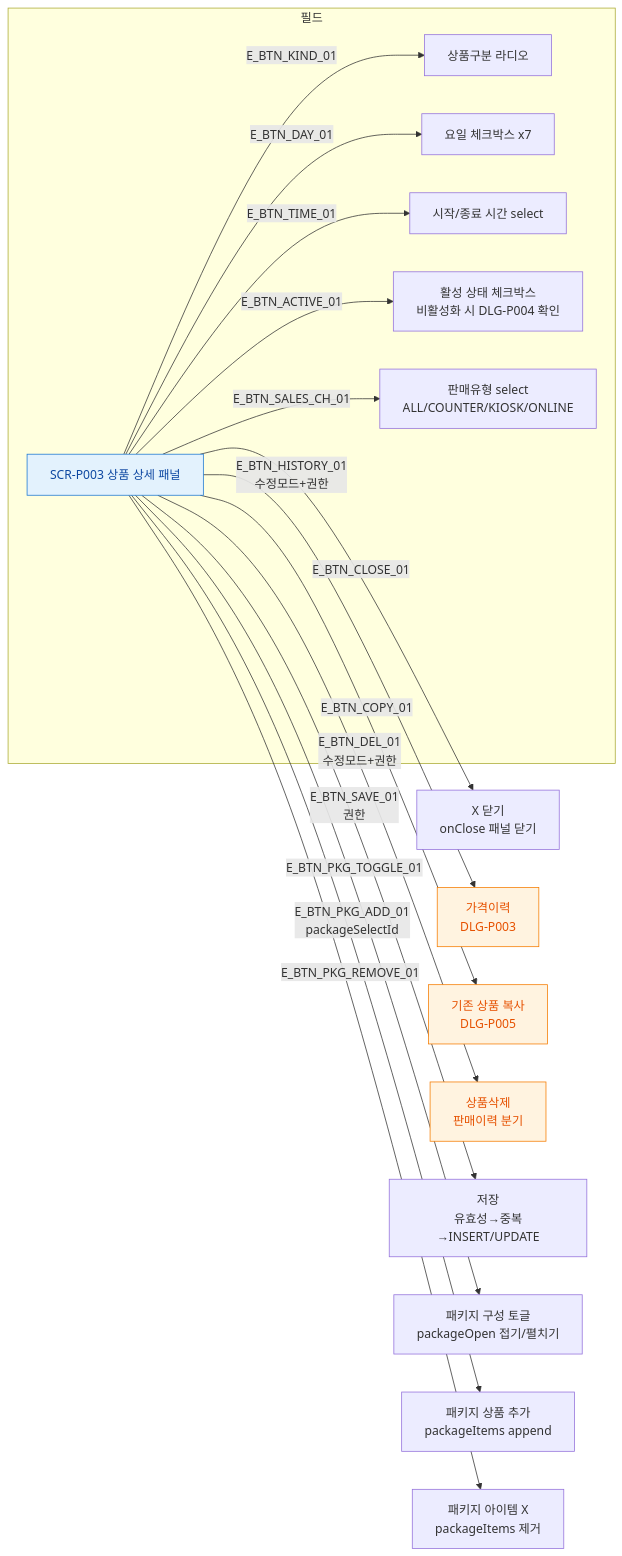
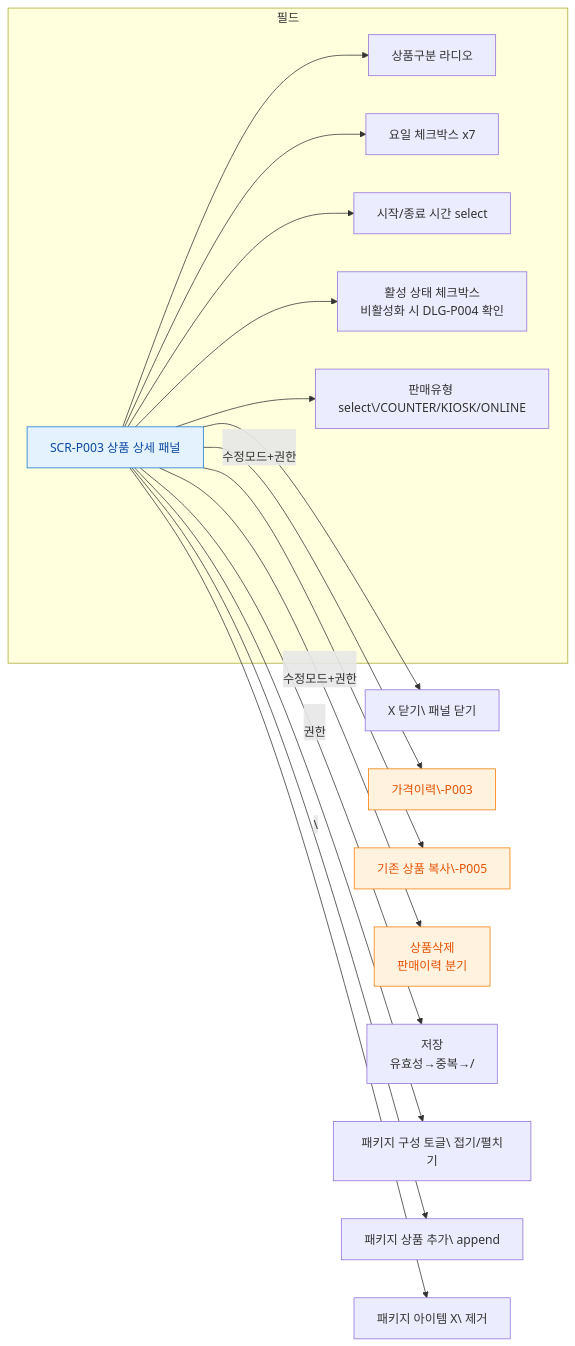
Before and after one commit to dev-spogym/admin-pando: the diagram in docs/다이어그램/D05_상품관리/SCR-P003_상품상세패널/F3_버튼액션.md, drawn with Mermaid. The commit also changed other lines of this file and 1660 other files, not shown here.

First line of the commit message:
다이어그램: 기획자/클라이언트 납품본으로 정리

````diff
--- a/docs/다이어그램/D05_상품관리/SCR-P003_상품상세패널/F3_버튼액션.md
+++ b/docs/다이어그램/D05_상품관리/SCR-P003_상품상세패널/F3_버튼액션.md
@@ -16,27 +14,27 @@
 ```mermaid
 flowchart LR
     SCR_P003[SCR-P003 상품 상세 패널]
 
-    SCR_P003 -->|E_BTN_CLOSE_01| BTN_X[X 닫기\nonClose 패널 닫기]
-    SCR_P003 -->|E_BTN_HISTORY_01\n수정모드+권한| BTN_HISTORY[가격이력\nDLG-P003]
-    SCR_P003 -->|E_BTN_COPY_01| BTN_COPY[기존 상품 복사\nDLG-P005]
-    SCR_P003 -->|E_BTN_DEL_01\n수정모드+권한| BTN_DEL[상품삭제\n판매이력 분기]
-    SCR_P003 -->|E_BTN_SAVE_01\n권한| BTN_SAVE[저장\n유효성→중복→INSERT/UPDATE]
+    SCR_P003 --> BTN_X[X 닫기\ 패널 닫기]
+    SCR_P003 -->|\n수정모드+권한|BTN_HISTORY[가격이력\-P003]
+    SCR_P003 --> BTN_COPY[기존 상품 복사\-P005]
+    SCR_P003 -->|\n수정모드+권한|BTN_DEL[상품삭제\n판매이력 분기]
+    SCR_P003 -->|\n권한|BTN_SAVE[저장\n유효성→중복→/]
 
-    SCR_P003 -->|E_BTN_PKG_TOGGLE_01| BTN_PKG[패키지 구성 토글\npackageOpen 접기/펼치기]
-    SCR_P003 -->|E_BTN_PKG_ADD_01\npackageSelectId| BTN_PKG_ADD[패키지 상품 추가\npackageItems append]
-    SCR_P003 -->|E_BTN_PKG_REMOVE_01| BTN_PKG_DEL[패키지 아이템 X\npackageItems 제거]
+    SCR_P003 --> BTN_PKG[패키지 구성 토글\ 접기/펼치기]
+    SCR_P003 -->|\|BTN_PKG_ADD[패키지 상품 추가\ append]
+    SCR_P003 --> BTN_PKG_DEL[패키지 아이템 X\ 제거]
 
     subgraph 필드
-        SCR_P003 -->|E_BTN_KIND_01| KIND[상품구분 라디오]
-        SCR_P003 -->|E_BTN_DAY_01| DAY[요일 체크박스 x7]
-        SCR_P003 -->|E_BTN_TIME_01| TIME[시작/종료 시간 select]
-        SCR_P003 -->|E_BTN_ACTIVE_01| ACTIVE[활성 상태 체크박스\n비활성화 시 DLG-P004 확인]
-        SCR_P003 -->|E_BTN_SALES_CH_01| SALES_CH[판매유형 select\nALL/COUNTER/KIOSK/ONLINE]
+        SCR_P003 --> KIND[상품구분 라디오]
+        SCR_P003 --> DAY[요일 체크박스 x7]
+        SCR_P003 --> TIME[시작/종료 시간 select]
+        SCR_P003 --> ACTIVE[활성 상태 체크박스\n비활성화 시 DLG-P004 확인]
+        SCR_P003 --> SALES_CH[판매유형 select\/COUNTER/KIOSK/ONLINE]
     end
 
     classDef screen fill:#E3F2FD,stroke:#1976D2,color:#0D47A1
     classDef modal fill:#FFF3E0,stroke:#F57C00,color:#E65100
     class SCR_P003 screen
     class BTN_HISTORY,BTN_COPY,BTN_DEL modal
 ```
````
